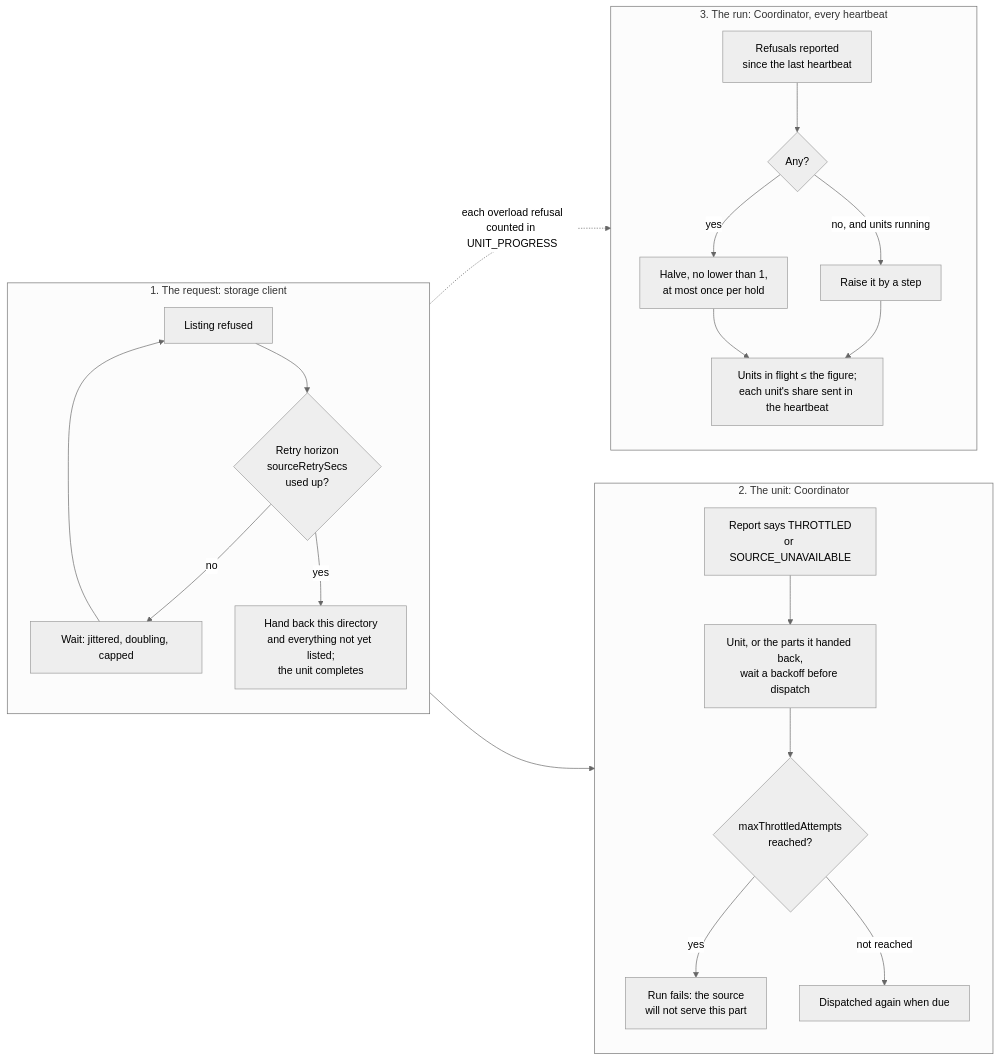
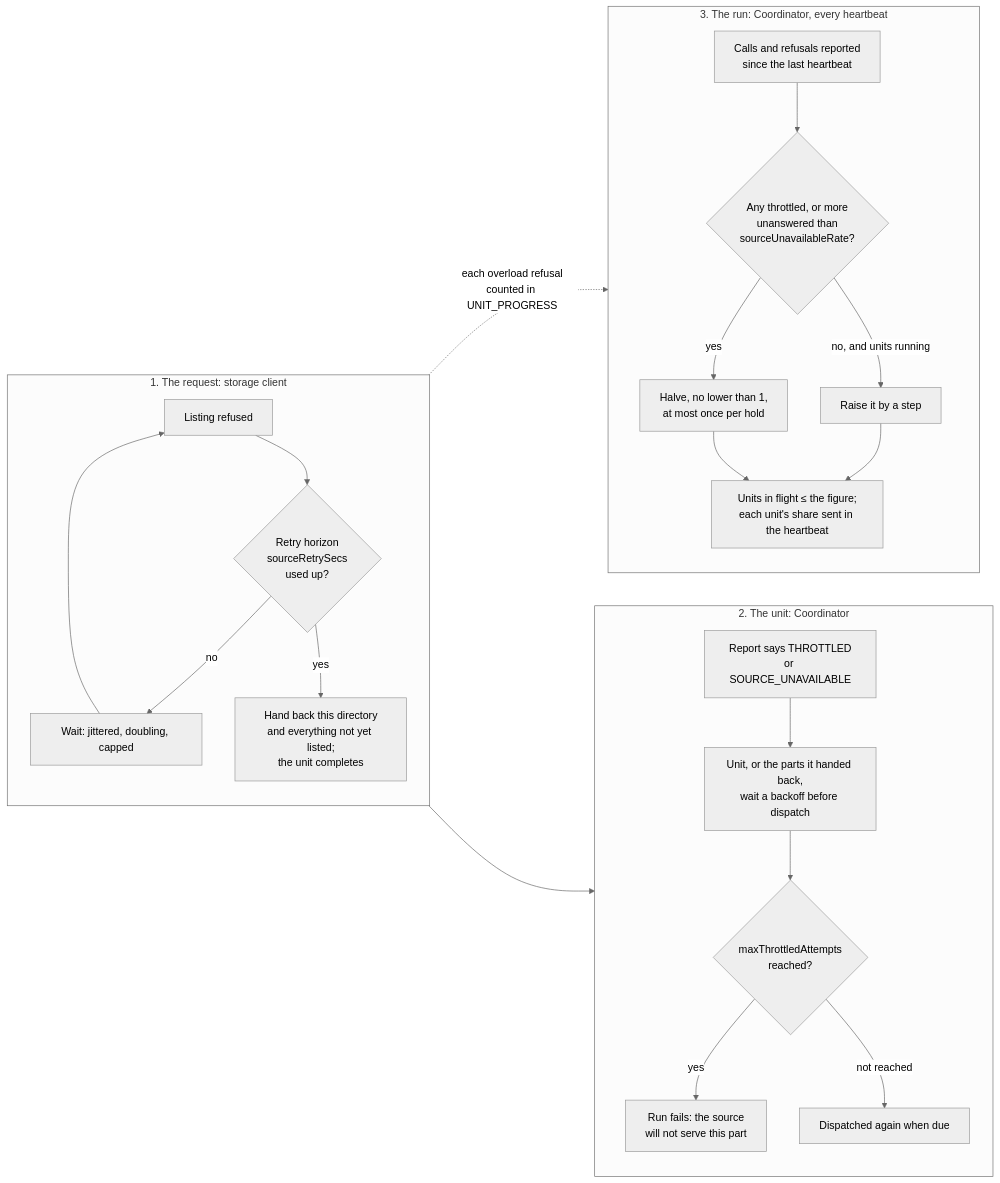
The tenth of 10 diagrams in doc/site/content/en/docs/architecture/overview/distributed-crawl.md (gsingers/lucille), drawn with Mermaid (neutral theme) before and after one commit. The commit also changed other lines of this file and 24 other files, not shown here.

First line of the commit message:
Dispatch hand-backs early, cut source concurrency by class and rate, and fix S3 retries

````diff
--- a/doc/site/content/en/docs/architecture/overview/distributed-crawl.md
+++ b/doc/site/content/en/docs/architecture/overview/distributed-crawl.md
@@ -366,25 +371,25 @@
 ```mermaid
 flowchart LR
     subgraph req["1. The request: storage client"]
         direction TB
         r1[Listing refused] --> r2{"Retry horizon<br/>sourceRetrySecs<br/>used up?"}
         r2 -- no --> r3[Wait: jittered, doubling, capped] --> r1
         r2 -- yes --> r4[Hand back this directory<br/>and everything not yet listed;<br/>the unit completes]
     end
     subgraph unit["2. The unit: Coordinator"]
         direction TB
         u1[Report says THROTTLED<br/>or SOURCE_UNAVAILABLE] --> u2[Unit, or the parts it handed back,<br/>wait a backoff before dispatch]
         u2 --> u3{"maxThrottledAttempts<br/>reached?"}
         u3 -- yes --> u4[Run fails: the source<br/>will not serve this part]
         u3 -- "not reached" --> u5[Dispatched again when due]
     end
     subgraph run["3. The run: Coordinator, every heartbeat"]
         direction TB
-        a1[Refusals reported<br/>since the last heartbeat] --> a2{Any?}
+        a1[Calls and refusals reported<br/>since the last heartbeat] --> a2{"Any throttled, or more<br/>unanswered than<br/>sourceUnavailableRate?"}
         a2 -- yes --> a3["Halve, no lower than 1,<br/>at most once per hold"]
         a2 -- "no, and units running" --> a4[Raise it by a step]
         a3 & a4 --> a5[Units in flight ≤ the figure;<br/>each unit's share sent in the heartbeat]
     end
     r4 --> u1
     r1 -. "each overload refusal<br/>counted in UNIT_PROGRESS" .-> a1
 ```
````
